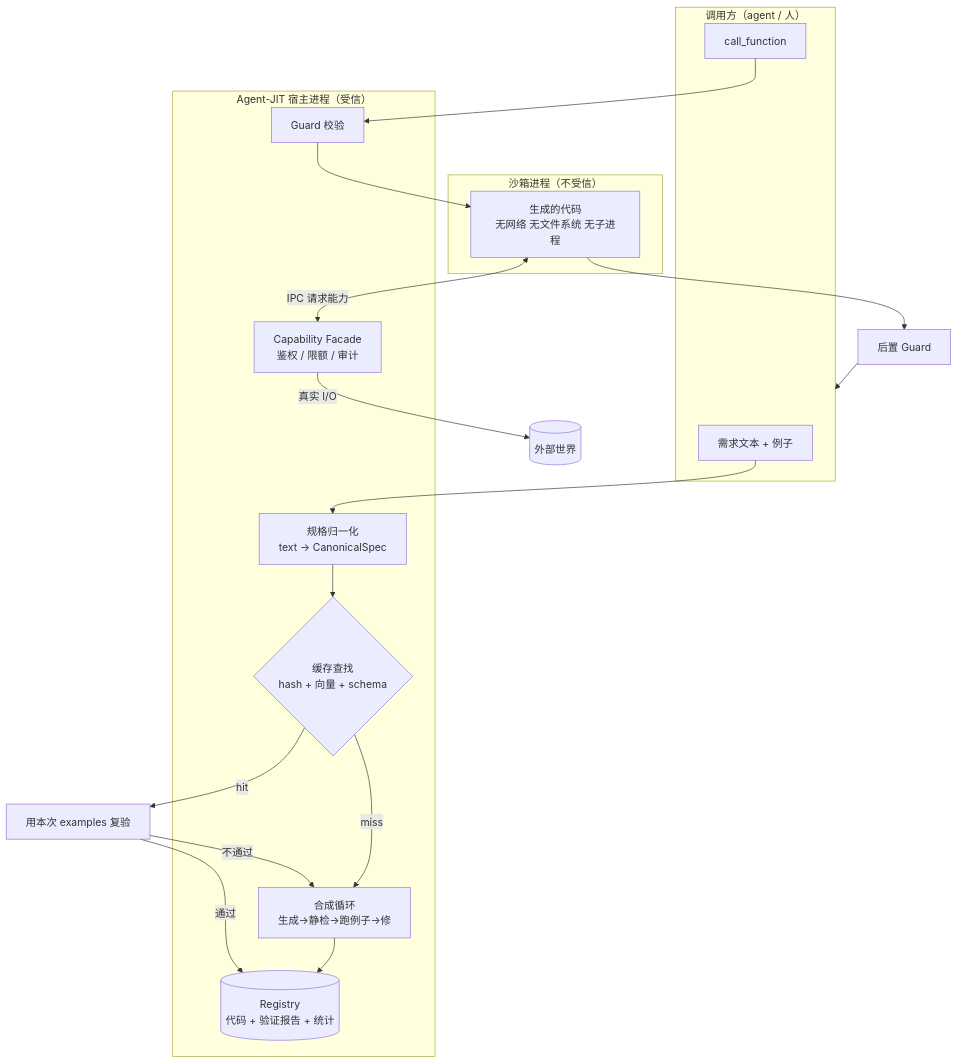
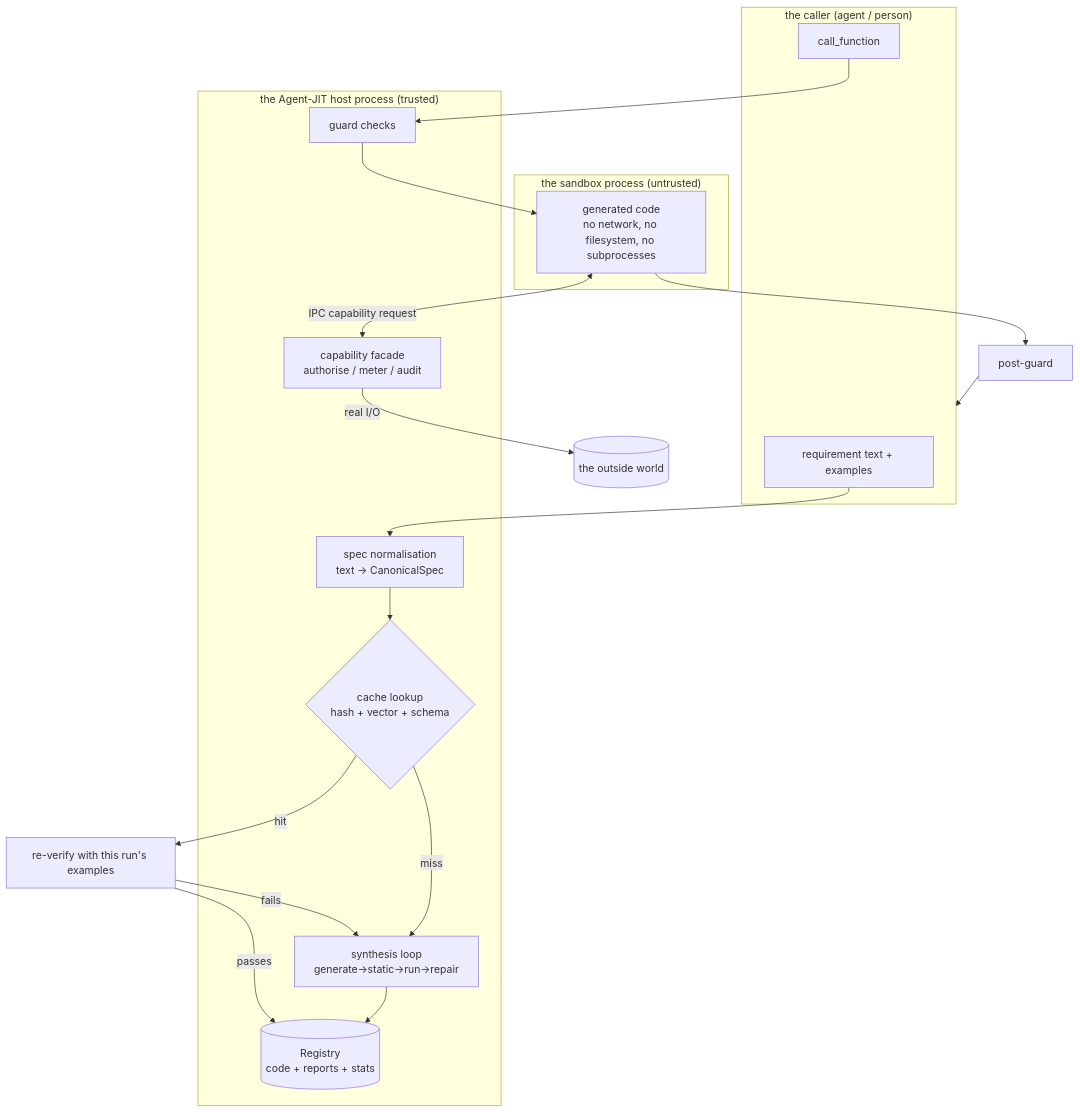
Before and after one commit to Birfy/agentjit: the diagram in docs/design.md, drawn with Mermaid. The commit also changed other lines of this file and 46 other files, not shown here.

````diff
--- a/docs/design.md
+++ b/docs/design.md
@@ -135,32 +157,32 @@
 ```mermaid
 flowchart TB
-    subgraph CALLER["调用方（agent / 人）"]
-        RQ[需求文本 + 例子]
+    subgraph CALLER["the caller (agent / person)"]
+        RQ[requirement text + examples]
         CALL[call_function]
     end
 
-    subgraph HOST["Agent-JIT 宿主进程（受信）"]
-        NORM[规格归一化<br/>text → CanonicalSpec]
-        LK{缓存查找<br/>hash + 向量 + schema}
-        SYN[合成循环<br/>生成→静检→跑例子→修]
-        REG[(Registry<br/>代码 + 验证报告 + 统计)]
-        GRD[Guard 校验]
-        FAC[Capability Facade<br/>鉴权 / 限额 / 审计]
+    subgraph HOST["the Agent-JIT host process (trusted)"]
+        NORM[spec normalisation<br/>text → CanonicalSpec]
+        LK{cache lookup<br/>hash + vector + schema}
+        SYN[synthesis loop<br/>generate→static→run→repair]
+        REG[(Registry<br/>code + reports + stats)]
+        GRD[guard checks]
+        FAC[capability facade<br/>authorise / meter / audit]
     end
 
-    subgraph SBX["沙箱进程（不受信）"]
-        CODE[生成的代码<br/>无网络 无文件系统 无子进程]
+    subgraph SBX["the sandbox process (untrusted)"]
+        CODE[generated code<br/>no network, no filesystem, no subprocesses]
     end
 
     RQ --> NORM --> LK
-    LK -->|hit| VAL[用本次 examples 复验]
-    VAL -->|通过| REG
-    VAL -->|不通过| SYN
+    LK -->|hit| VAL[re-verify with this run's examples]
+    VAL -->|passes| REG
+    VAL -->|fails| SYN
     LK -->|miss| SYN
     SYN --> REG
 
     CALL --> GRD --> CODE
-    CODE <-->|IPC 请求能力| FAC
-    FAC -->|真实 I/O| EXT[(外部世界)]
-    CODE --> GRD2[后置 Guard] --> CALLER
+    CODE <-->|IPC capability request| FAC
+    FAC -->|real I/O| EXT[(the outside world)]
+    CODE --> GRD2[post-guard] --> CALLER
 ```
````
